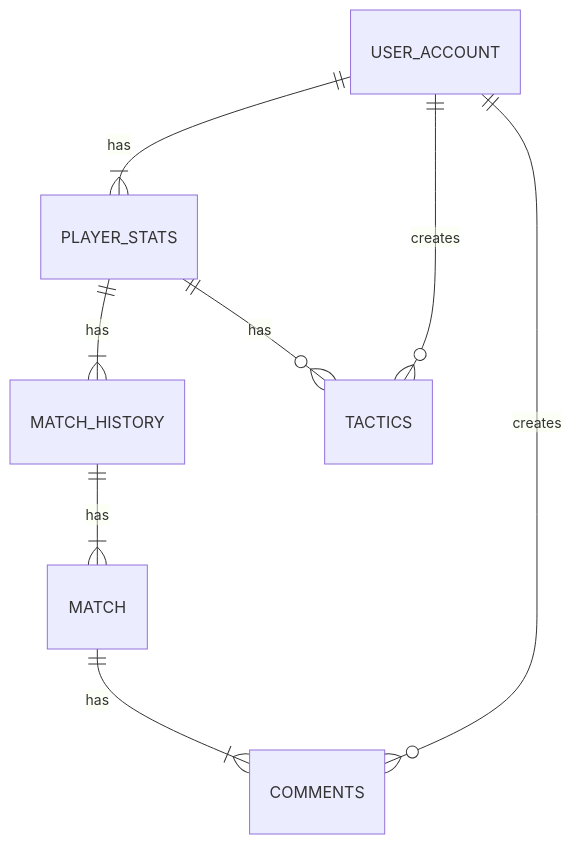
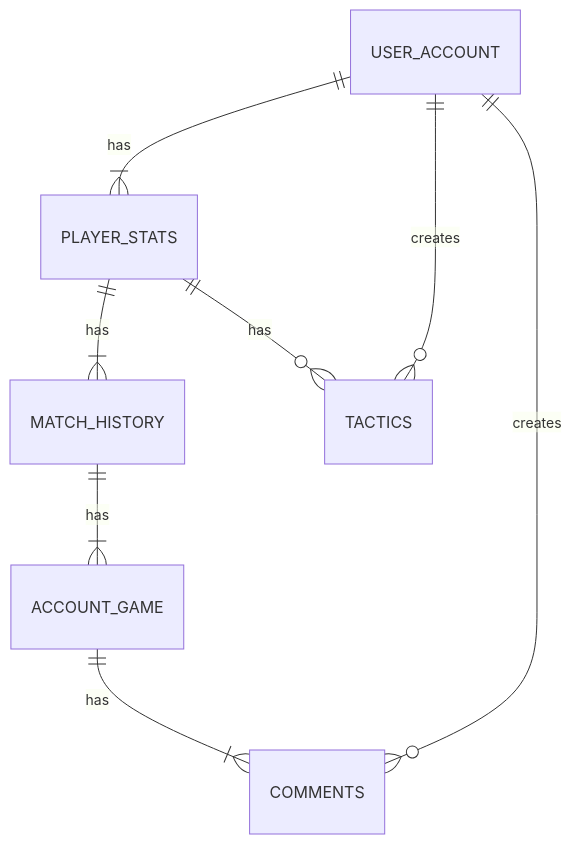
The first of 2 diagrams in README.md (MarianoUnosquare17/imspector-vuejs), drawn with Mermaid before and after one commit. The commit also changed other lines of this file, not shown here.

Commit message:
updated erd

````diff
--- a/README.md
+++ b/README.md
@@ -28,12 +28,12 @@
 ```mermaid
 erDiagram
     
     USER_ACCOUNT ||--|{ PLAYER_STATS : has
     PLAYER_STATS ||--|{ MATCH_HISTORY : has
-    MATCH_HISTORY ||--|{ MATCH : has
-    MATCH ||--|{ COMMENTS : has
+    MATCH_HISTORY ||--|{ ACCOUNT_GAME : has
+    ACCOUNT_GAME ||--|{ COMMENTS : has
     USER_ACCOUNT ||--o{ TACTICS : creates
     PLAYER_STATS ||--o{ TACTICS : has
     USER_ACCOUNT ||--o{ COMMENTS : creates
     
 ```
````
